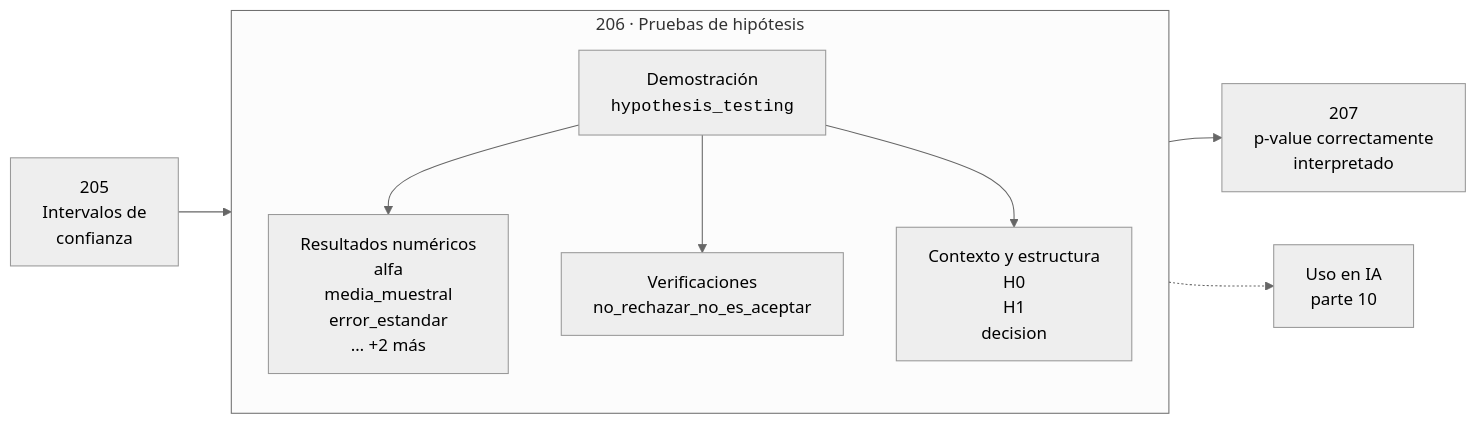
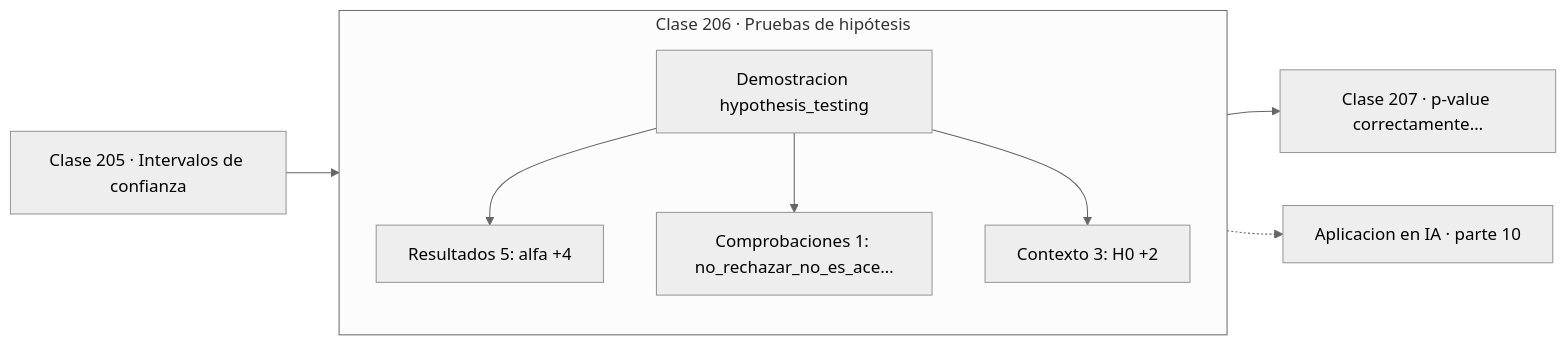
Before and after one commit to vladimiracunadev-create/computational-mathematics-program: the diagram in classes/part-10-estadistica-e-inferencia/206-pruebas-de-hipotesis/README.md, drawn with Mermaid (neutral theme). The commit also changed 389 other files, not shown here.

First line of the commit message:
fix(diagramas): elimina el HTML de las etiquetas Mermaid

````diff
--- a/classes/part-10-estadistica-e-inferencia/206-pruebas-de-hipotesis/README.md
+++ b/classes/part-10-estadistica-e-inferencia/206-pruebas-de-hipotesis/README.md
@@ -30,12 +30,13 @@
 ```mermaid
 flowchart LR
-    P["205<br/>Intervalos de<br/>confianza"] --> C
-    subgraph C["206 · Pruebas de hipótesis"]
+    P["Clase 205 · Intervalos de confianza"] --> D
+    subgraph CLASE["Clase 206 · Pruebas de hipótesis"]
         direction TB
-        D["Demostración<br/><code>hypothesis_testing</code>"] --> R["Resultados numéricos<br/>alfa<br/>media_muestral<br/>error_estandar<br/>… +2 más"]
-        D --> V["Verificaciones<br/>no_rechazar_no_es_aceptar"]
-        D --> O["Contexto y estructura<br/>H0<br/>H1<br/>decision"]
+        D["Demostracion hypothesis_testing"]
+        D --> R["Resultados 5: alfa +4"]
+        D --> V["Comprobaciones 1: no_rechazar_no_es_ace…"]
+        D --> O["Contexto 3: H0 +2"]
     end
-    C --> N["207<br/>p-value correctamente<br/>interpretado"]
-    C -.-> IA["Uso en IA<br/>parte 10"]
+    R --> N["Clase 207 · p-value correctamente…"]
+    V -.-> IA["Aplicacion en IA · parte 10"]
 ```
````
